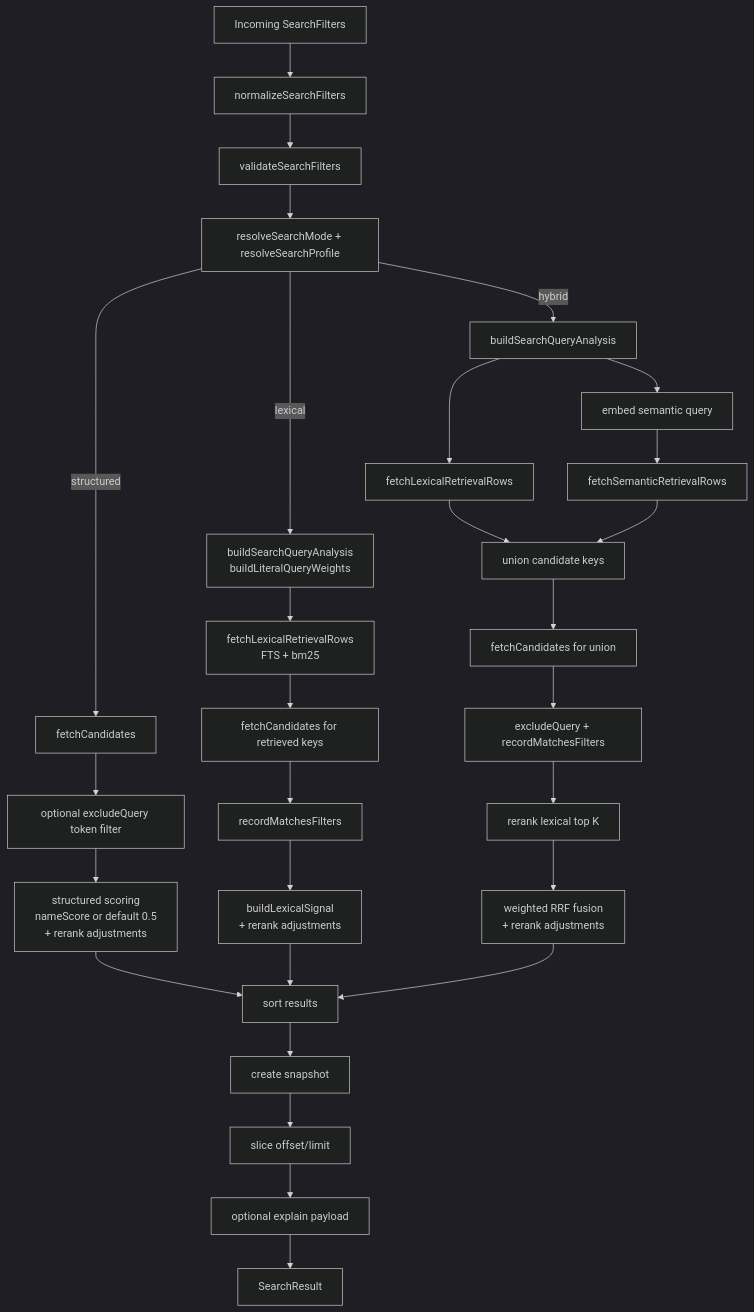
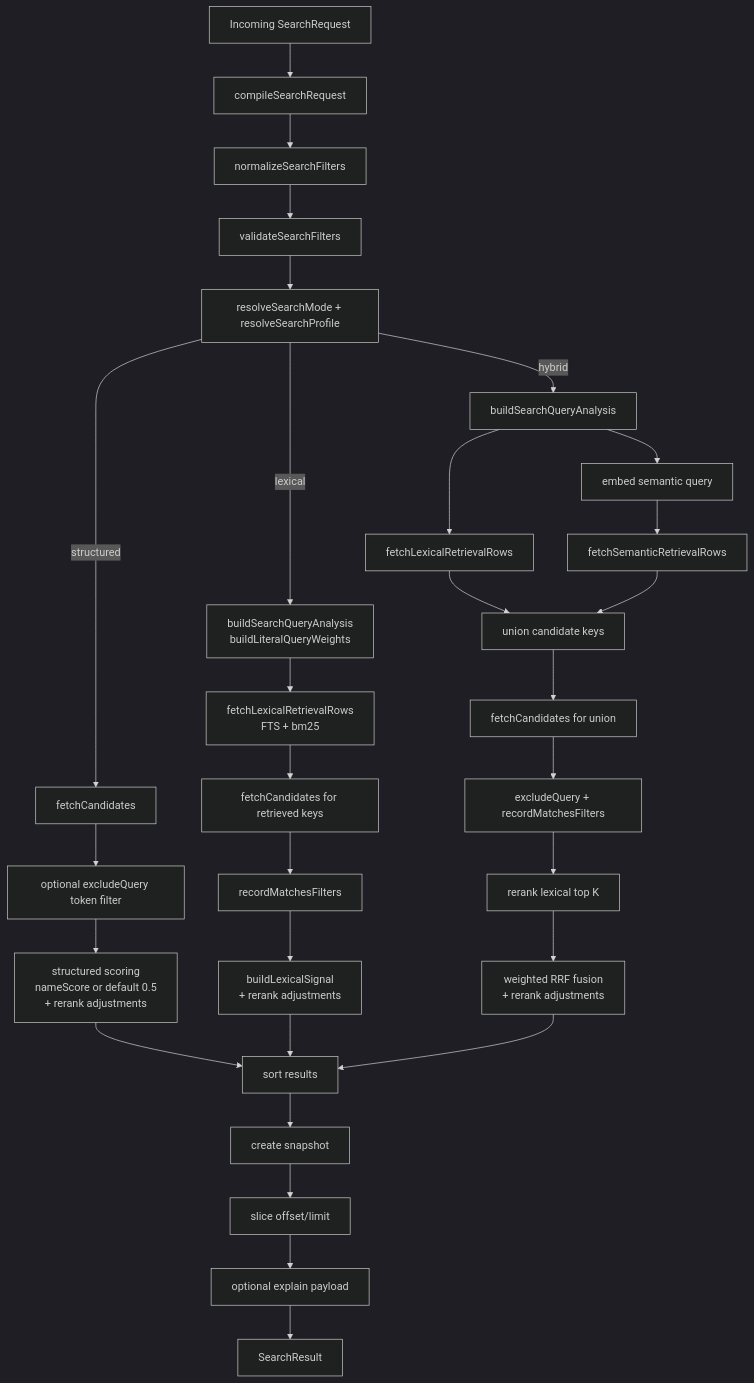
One commit to e-kosten/pf2e-atlas changed the second of 2 diagrams in docs/architecture/search.md. Above: the diagram before and after it, drawn with Mermaid (dark theme). The commit also changed other lines of this file and 42 other files, not shown here.

First line of the commit message:
feat(search): converge search semantics on SearchRequest

````diff
--- a/docs/architecture/search.md
+++ b/docs/architecture/search.md
@@ -91,35 +95,36 @@
 ```mermaid
 flowchart TD
-  A[Incoming SearchFilters] --> B[normalizeSearchFilters]
-  B --> C[validateSearchFilters]
-  C --> D[resolveSearchMode + resolveSearchProfile]
+  A[Incoming SearchRequest] --> B[compileSearchRequest]
+  B --> C[normalizeSearchFilters]
+  C --> D[validateSearchFilters]
+  D --> E[resolveSearchMode + resolveSearchProfile]
 
-  D -->|structured| E[fetchCandidates]
-  E --> F[optional excludeQuery token filter]
-  F --> G[structured scoring<br/>nameScore or default 0.5<br/>+ rerank adjustments]
-  G --> H[sort results]
+  E -->|structured| F[fetchCandidates]
+  F --> G[optional excludeQuery token filter]
+  G --> H[structured scoring<br/>nameScore or default 0.5<br/>+ rerank adjustments]
+  H --> I[sort results]
 
-  D -->|lexical| I[buildSearchQueryAnalysis<br/>buildLiteralQueryWeights]
-  I --> J[fetchLexicalRetrievalRows<br/>FTS + bm25]
-  J --> K[fetchCandidates for retrieved keys]
-  K --> L[recordMatchesFilters]
-  L --> M[buildLexicalSignal<br/>+ rerank adjustments]
-  M --> H
+  E -->|lexical| J[buildSearchQueryAnalysis<br/>buildLiteralQueryWeights]
+  J --> K[fetchLexicalRetrievalRows<br/>FTS + bm25]
+  K --> L[fetchCandidates for retrieved keys]
+  L --> M[recordMatchesFilters]
+  M --> N[buildLexicalSignal<br/>+ rerank adjustments]
+  N --> I
 
-  D -->|hybrid| N[buildSearchQueryAnalysis]
-  N --> O[embed semantic query]
-  N --> P[fetchLexicalRetrievalRows]
-  O --> Q[fetchSemanticRetrievalRows]
-  P --> R[union candidate keys]
-  Q --> R
-  R --> S[fetchCandidates for union]
-  S --> T[excludeQuery + recordMatchesFilters]
-  T --> U[rerank lexical top K]
-  U --> V[weighted RRF fusion<br/>+ rerank adjustments]
-  V --> H
+  E -->|hybrid| O[buildSearchQueryAnalysis]
+  O --> P[embed semantic query]
+  O --> Q[fetchLexicalRetrievalRows]
+  P --> R[fetchSemanticRetrievalRows]
+  Q --> S[union candidate keys]
+  R --> S
+  S --> T[fetchCandidates for union]
+  T --> U[excludeQuery + recordMatchesFilters]
+  U --> V[rerank lexical top K]
+  V --> W[weighted RRF fusion<br/>+ rerank adjustments]
+  W --> I
 
-  H --> W[create snapshot]
-  W --> X[slice offset/limit]
-  X --> Y[optional explain payload]
-  Y --> Z[SearchResult]
+  I --> X[create snapshot]
+  X --> Y[slice offset/limit]
+  Y --> Z[optional explain payload]
+  Z --> AA[SearchResult]
 ```
````
